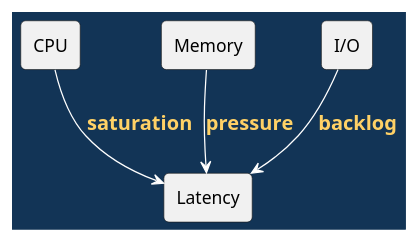
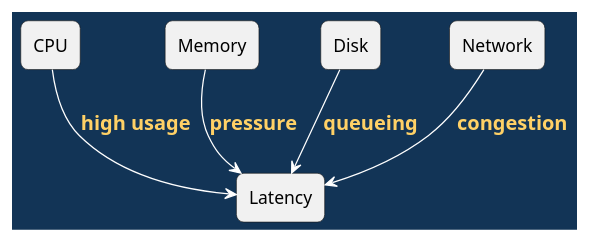
The second of 7 diagrams in doc/lectures/week12/README.slides.adoc (madajaju/CS5254), drawn with PlantUML before and after one commit. The commit also changed other lines of this file and 47 other files, not shown here.

```diff
--- a/doc/lectures/week12/README.slides.adoc
+++ b/doc/lectures/week12/README.slides.adoc
@@ -42,30 +48,28 @@
-[plantuml, stress-signals, svg, width=100%]
+[plantuml,width=100%]
 ----
 @startuml
-!pragma useBetaStyle true
 skinparam backgroundColor #123456
 skinparam defaultFontColor black
 skinparam ArrowColor white
 skinparam ArrowFontColor #ffd166
 skinparam ArrowFontStyle bold
 skinparam ArrowFontSize 16
 skinparam shadowing false
-skinparam roundcorner 8
-skinparam classBackgroundColor white
-skinparam classBorderColor #123456
-skinparam classFontColor black
-skinparam componentBackgroundColor white
-skinparam componentBorderColor #123456
-skinparam componentFontColor black
-skinparam noteBackgroundColor white
-skinparam noteBorderColor #123456
-skinparam noteFontColor black
+skinparam defaultTextAlignment center
+skinparam roundCorner 12
+skinparam class {
+  BackgroundColor white
+  BorderColor #123456
+  FontColor black
+}
 rectangle "CPU" as CPU
 rectangle "Memory" as MEM
-rectangle "I/O" as IO
+rectangle "Disk" as DISK
+rectangle "Network" as NET
 rectangle "Latency" as LAT
-CPU --> LAT : saturation
+CPU --> LAT : high usage
 MEM --> LAT : pressure
-IO --> LAT : backlog
+DISK --> LAT : queueing
+NET --> LAT : congestion
 @enduml
 ----
```
